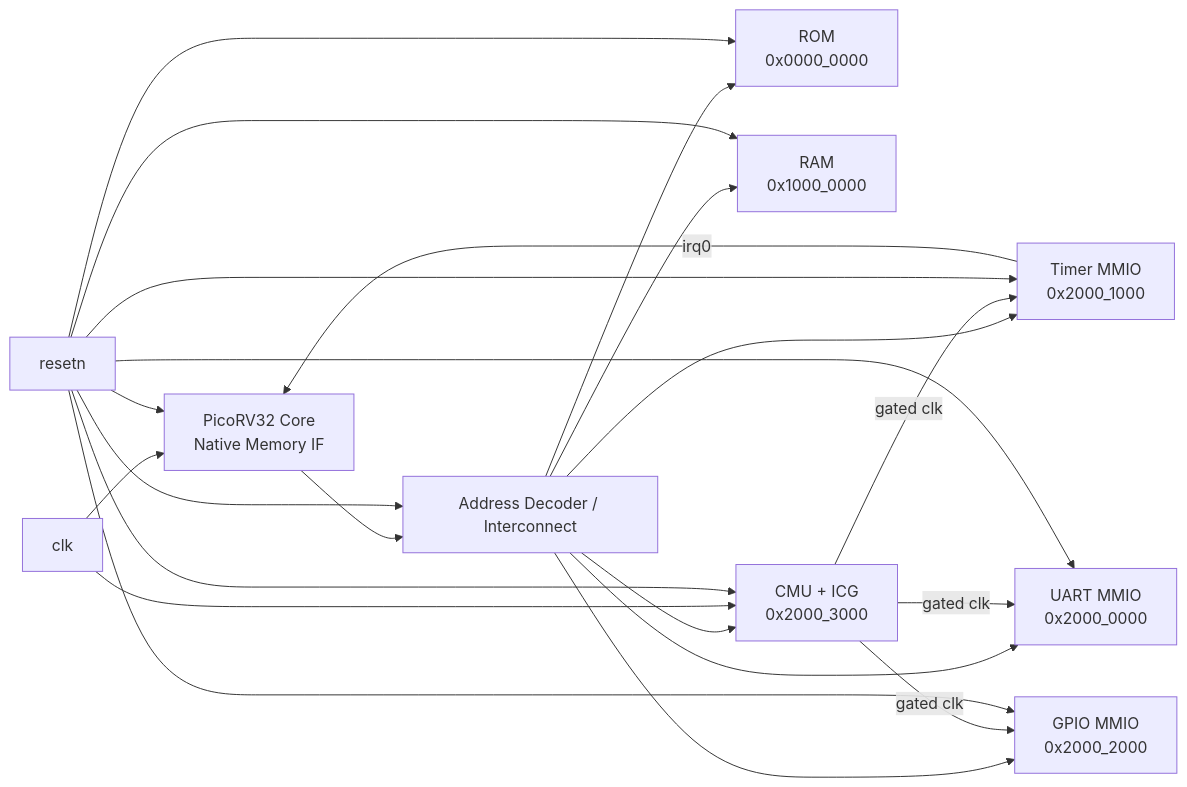
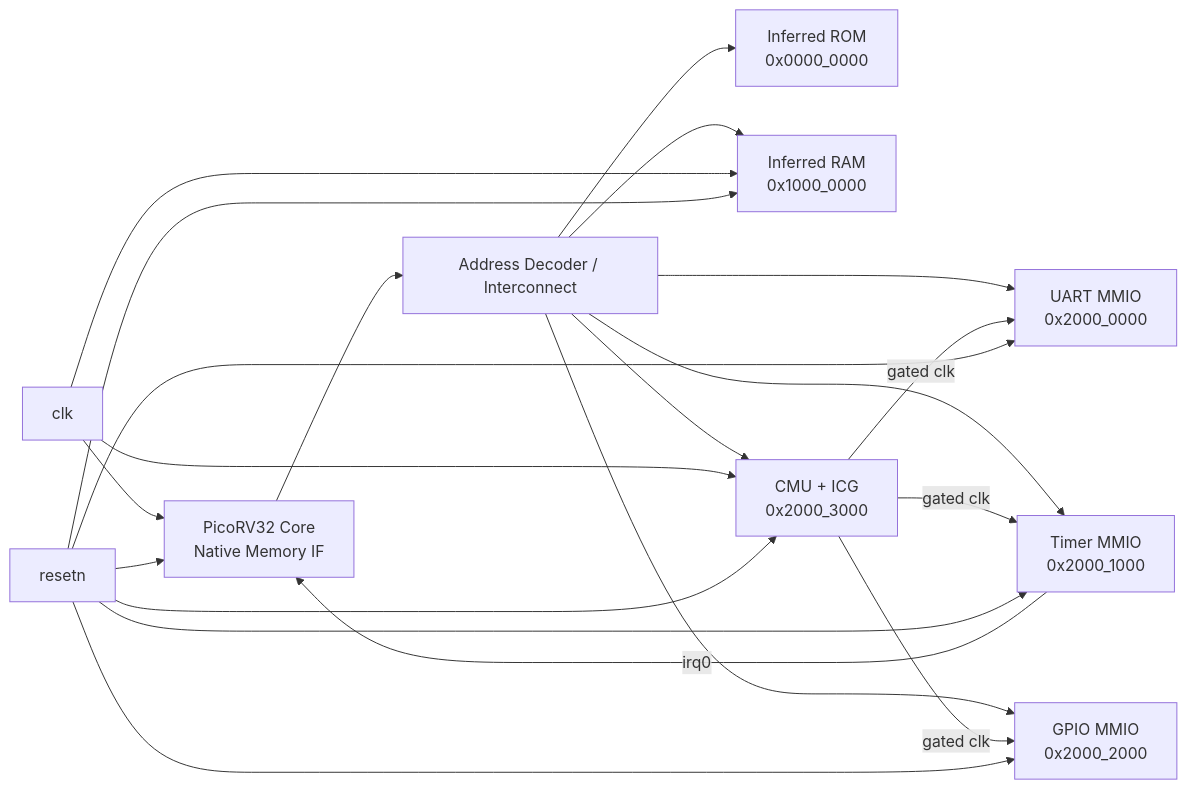
One commit to thaovicano123/Final changed the diagram in docs/block_diagram.md. Above: the diagram before and after it, drawn with Mermaid.

Commit message:
Fix block diagram signal accuracy for ROM/DEC reset and RAM clock

````diff
--- a/docs/block_diagram.md
+++ b/docs/block_diagram.md
@@ -3,39 +3,38 @@
 ```mermaid
 flowchart LR
     CPU["PicoRV32 Core<br/>Native Memory IF"]
     DEC[Address Decoder / Interconnect]
 
-    ROM["ROM<br/>0x0000_0000"]
-    RAM["RAM<br/>0x1000_0000"]
+    ROM["Inferred ROM<br/>0x0000_0000"]
+    RAM["Inferred RAM<br/>0x1000_0000"]
     UART["UART MMIO<br/>0x2000_0000"]
     TIMER["Timer MMIO<br/>0x2000_1000"]
     GPIO["GPIO MMIO<br/>0x2000_2000"]
     CMU["CMU + ICG<br/>0x2000_3000"]
 
     CLK[clk]
     RST[resetn]
 
     CPU --> DEC
     DEC --> ROM
     DEC --> RAM
     DEC --> UART
     DEC --> TIMER
     DEC --> GPIO
     DEC --> CMU
 
     CLK --> CPU
     CLK --> CMU
+    CLK --> RAM
     CMU -->|gated clk| UART
     CMU -->|gated clk| TIMER
     CMU -->|gated clk| GPIO
 
     TIMER -->|irq0| CPU
     RST --> CPU
     RST --> CMU
-    RST --> DEC
-    RST --> ROM
     RST --> RAM
     RST --> UART
     RST --> TIMER
     RST --> GPIO
 ```
````
